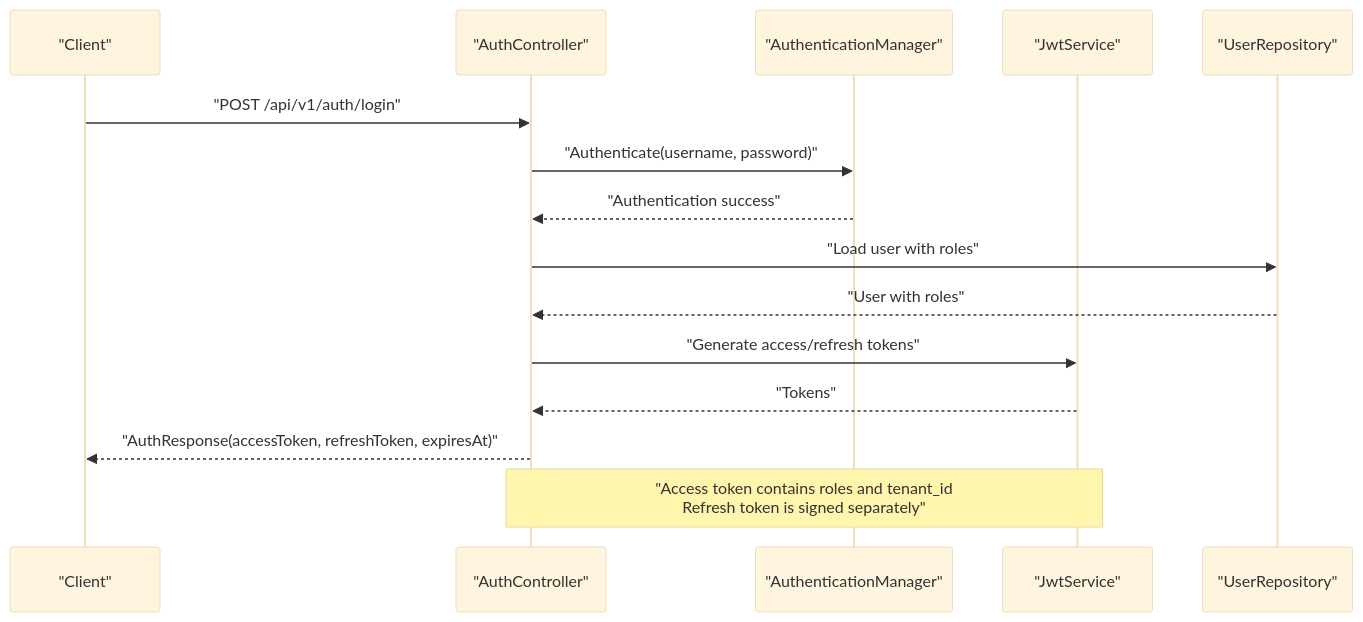
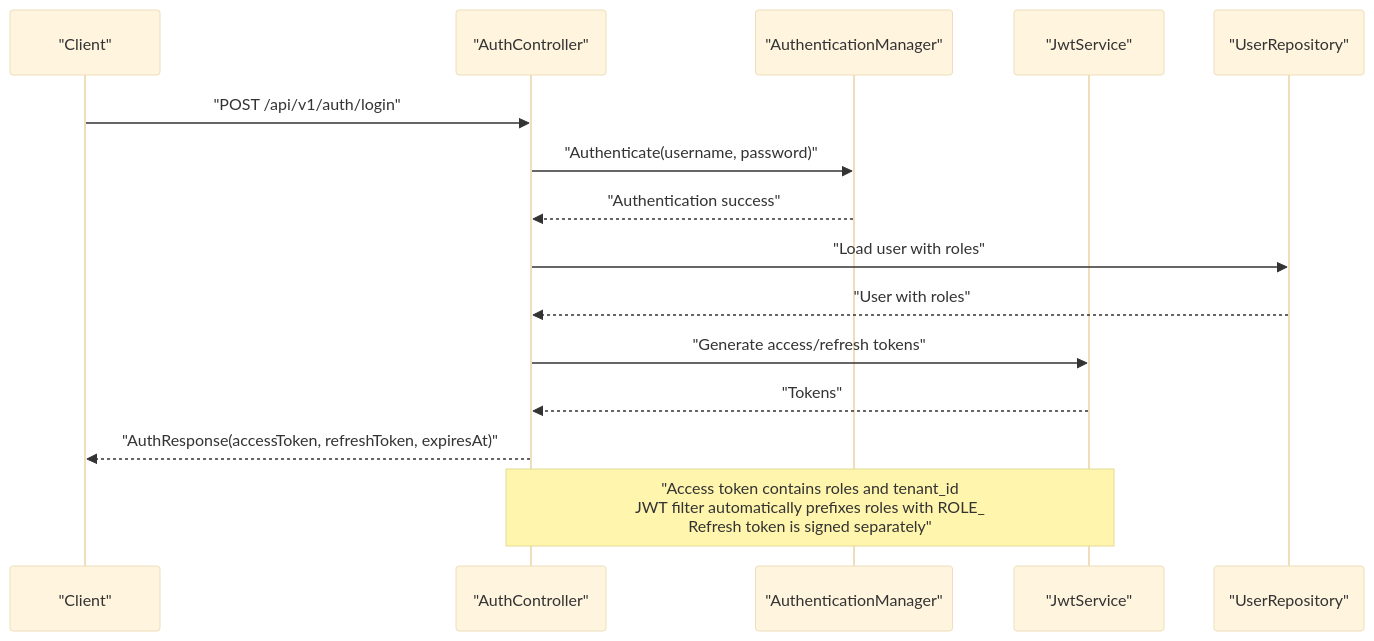
The second of 7 diagrams in .qoder/repowiki/en/content/Security Implementation/Security Implementation.md (Vostrikov2014/vks-qoder), drawn with Mermaid (base theme) before and after one commit. The commit also changed other lines of this file and 15 other files, not shown here.

````diff
--- a/.qoder/repowiki/en/content/Security Implementation/Security Implementation.md
+++ b/.qoder/repowiki/en/content/Security Implementation/Security Implementation.md
@@ -131,17 +148,17 @@
 ```mermaid
 sequenceDiagram
 participant C as "Client"
 participant AC as "AuthController"
 participant AM as "AuthenticationManager"
 participant JS as "JwtService"
 participant UR as "UserRepository"
 C->>AC : "POST /api/v1/auth/login"
 AC->>AM : "Authenticate(username, password)"
 AM-->>AC : "Authentication success"
 AC->>UR : "Load user with roles"
 UR-->>AC : "User with roles"
 AC->>JS : "Generate access/refresh tokens"
 JS-->>AC : "Tokens"
 AC-->>C : "AuthResponse(accessToken, refreshToken, expiresAt)"
-Note over AC,JS : "Access token contains roles and tenant_id<br/>Refresh token is signed separately"
+Note over AC,JS : "Access token contains roles and tenant_id<br/>JWT filter automatically prefixes roles with ROLE_<br/>Refresh token is signed separately"
 ```
````
